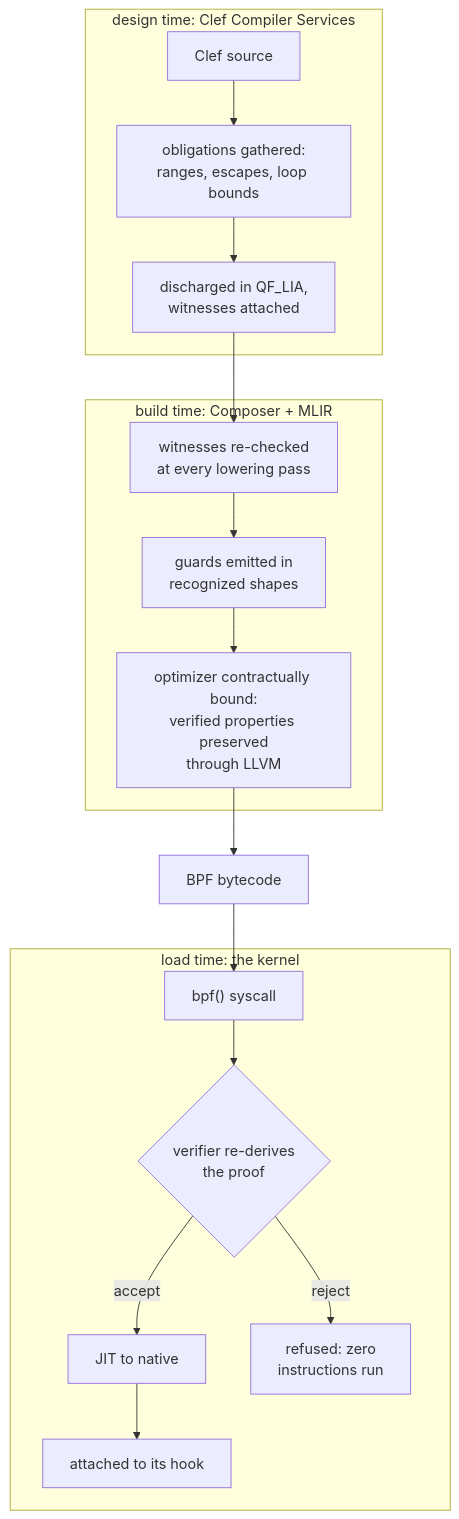
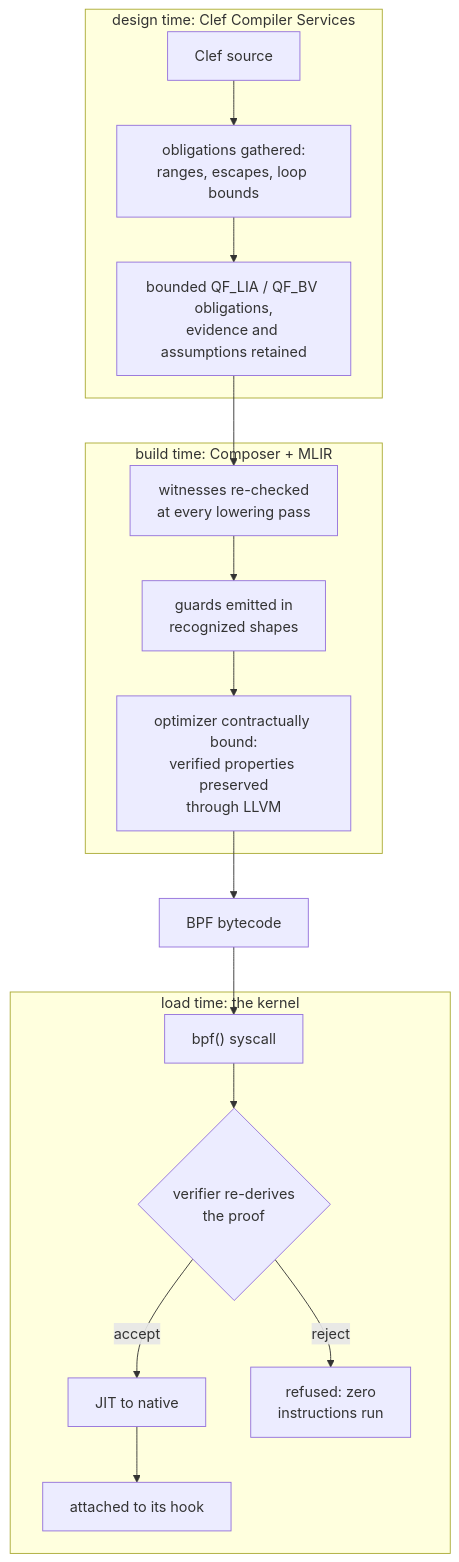
The first of 3 diagrams in hugo/content/blog/building-bulletproof-ebpf-programs.md (FidelityFramework/clef-lang-site), drawn with Mermaid before and after one commit. The commit also changed other lines of this file and 36 other files, not shown here.

````diff
--- a/hugo/content/blog/building-bulletproof-ebpf-programs.md
+++ b/hugo/content/blog/building-bulletproof-ebpf-programs.md
@@ -38,21 +38,21 @@
 ```mermaid
 flowchart TD
     subgraph CT["design time: Clef Compiler Services"]
         SRC["Clef source"] --> OB["obligations gathered:<br/>ranges, escapes, loop bounds"]
-        OB --> ZD["discharged in QF_LIA,<br/>witnesses attached"]
+        OB --> ZD["bounded QF_LIA / QF_BV obligations,<br/>evidence and assumptions retained"]
     end
     subgraph BT["build time: Composer + MLIR"]
         RC["witnesses re-checked<br/>at every lowering pass"]
         RC --> EM["guards emitted in<br/>recognized shapes"]
         EM --> LP["optimizer contractually bound:<br/>verified properties preserved<br/>through LLVM"]
     end
     ZD --> RC
     LP --> BC["BPF bytecode"]
     BC --> LD
     subgraph KT["load time: the kernel"]
         LD["bpf() syscall"] --> VF{"verifier re-derives<br/>the proof"}
         VF -->|accept| JT["JIT to native"]
         JT --> HK["attached to its hook"]
         VF -->|reject| RJ["refused: zero<br/>instructions run"]
     end
 ```
````
